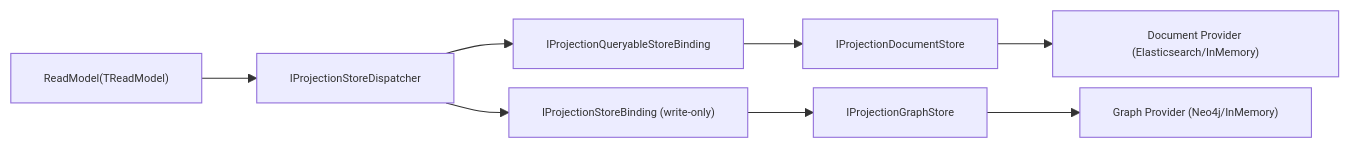
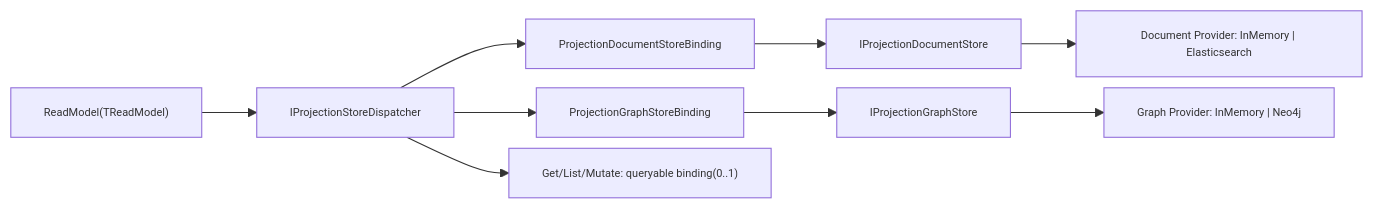
The first of 2 diagrams in docs/audit-scorecard/projection-store-full-architecture-audit-2026-02-24.md (aevatarAI/aevatar), drawn with Mermaid before and after one commit. The commit also changed other lines of this file and 30 other files, not shown here.

First line of the commit message:
Enhance Projection ReadModel and Update Dependency Injection

````diff
--- a/docs/audit-scorecard/projection-store-full-architecture-audit-2026-02-24.md
+++ b/docs/audit-scorecard/projection-store-full-architecture-audit-2026-02-24.md
@@ -37,13 +40,16 @@
 ```mermaid
 %%{init: {"maxTextSize": 100000, "flowchart": {"useMaxWidth": false, "nodeSpacing": 10, "rankSpacing": 50}, "themeVariables": {"fontSize": "10px"}}}%%
 flowchart LR
     RM["ReadModel(TReadModel)"] --> DSP["IProjectionStoreDispatcher<TReadModel,TKey>"]
-    DSP --> QB["IProjectionQueryableStoreBinding<TReadModel,TKey>"]
-    DSP --> WB["IProjectionStoreBinding<TReadModel,TKey> (write-only)"]
 
-    QB --> DS["IProjectionDocumentStore<TReadModel,TKey>"]
-    WB --> GS["IProjectionGraphStore"]
+    DSP --> B1["ProjectionDocumentStoreBinding<TReadModel,TKey>"]
+    DSP --> B2["ProjectionGraphStoreBinding<TReadModel,TKey>"]
 
-    DS --> DP["Document Provider (Elasticsearch/InMemory)"]
-    GS --> GP["Graph Provider (Neo4j/InMemory)"]
+    B1 --> DS["IProjectionDocumentStore<TReadModel,TKey>"]
+    B2 --> GS["IProjectionGraphStore"]
+
+    DS --> DP["Document Provider: InMemory | Elasticsearch"]
+    GS --> GP["Graph Provider: InMemory | Neo4j"]
+
+    DSP --> Q["Get/List/Mutate: queryable binding(0..1)"]
 ```
````
